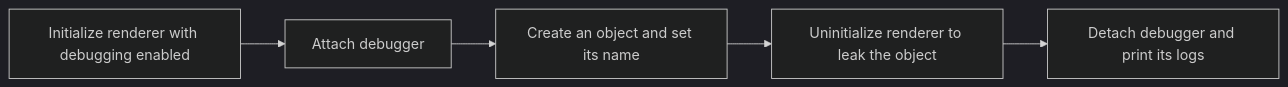
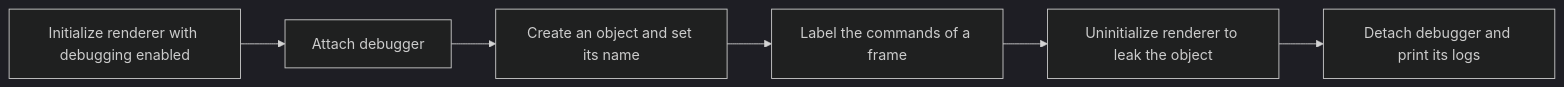
The third of 15 diagrams in examples/README.md (ozguronsoy/HephGL), drawn with Mermaid (dark theme) before and after one commit. The commit also changed other lines of this file and 18 other files, not shown here.

````diff
--- a/examples/README.md
+++ b/examples/README.md
@@ -64,7 +65,8 @@
 ```mermaid
 flowchart LR
     A[Initialize renderer with debugging enabled] --> B[Attach debugger]
     B --> C[Create an object and set its name]
-    C --> D[Uninitialize renderer to leak the object]
-    D --> E[Detach debugger and print its logs]
+    C --> D[Label the commands of a frame]
+    D --> E[Uninitialize renderer to leak the object]
+    E --> F[Detach debugger and print its logs]
 ```
````
